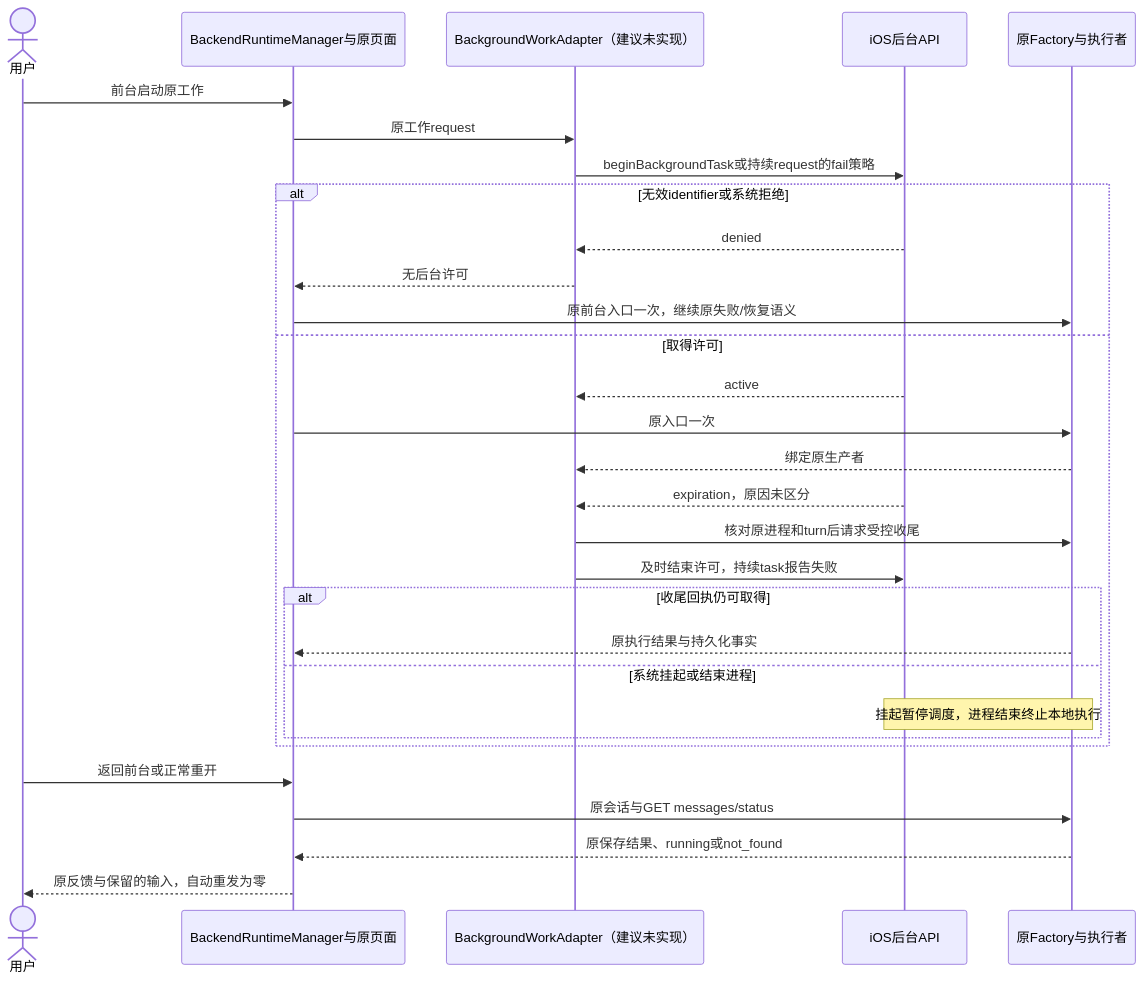
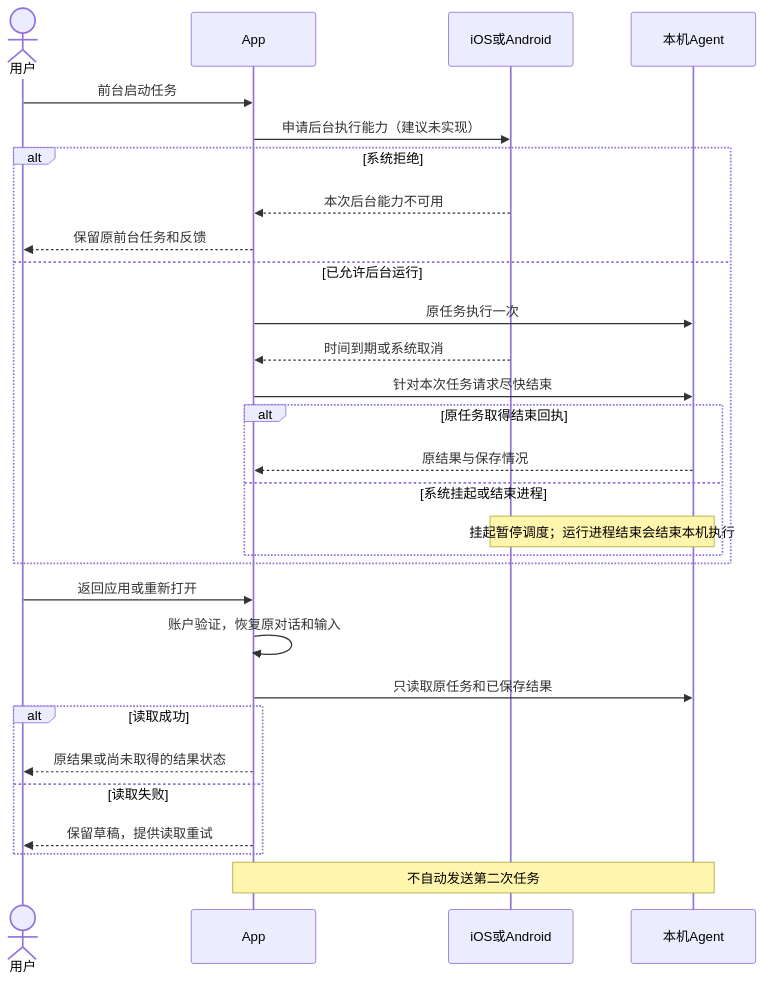
One commit to glide-the/im-dream changed the second of 7 diagrams in docs/design/multi-platform/mobile-recovery-interaction.md. Above: the diagram before and after it, drawn with Mermaid. The commit also changed other lines of this file and 308 other files, not shown here.

````diff
--- a/docs/design/multi-platform/mobile-recovery-interaction.md
+++ b/docs/design/multi-platform/mobile-recovery-interaction.md
@@ -135,32 +104,31 @@
 ```mermaid
 sequenceDiagram
     actor U as 用户
-    participant C as BackendRuntimeManager与原页面
-    participant A as BackgroundWorkAdapter（建议未实现）
-    participant I as iOS后台API
-    participant F as 原Factory与执行者
-    U->>C: 前台启动原工作
-    C->>A: 原工作request
-    A->>I: beginBackgroundTask或持续request的fail策略
-    alt 无效identifier或系统拒绝
-        I-->>A: denied
-        A-->>C: 无后台许可
-        C->>F: 原前台入口一次，继续原失败/恢复语义
-    else 取得许可
-        I-->>A: active
-        C->>F: 原入口一次
-        F-->>A: 绑定原生产者
-        I-->>A: expiration，原因未区分
-        A->>F: 核对原进程和turn后请求受控收尾
-        A->>I: 及时结束许可，持续task报告失败
-        alt 收尾回执仍可取得
-            F-->>C: 原执行结果与持久化事实
+    participant A as App
+    participant OS as iOS或Android
+    participant C as 本机Agent
+    U->>A: 前台启动任务
+    A->>OS: 申请后台执行能力（建议未实现）
+    alt 系统拒绝
+        OS-->>A: 本次后台能力不可用
+        A-->>U: 保留原前台任务和反馈
+    else 已允许后台运行
+        A->>C: 原任务执行一次
+        OS-->>A: 时间到期或系统取消
+        A->>C: 针对本次任务请求尽快结束
+        alt 原任务取得结束回执
+            C-->>A: 原结果与保存情况
         else 系统挂起或结束进程
-            Note over I,F: 挂起暂停调度，进程结束终止本地执行
+            Note over OS,C: 挂起暂停调度；运行进程结束会结束本机执行
         end
     end
-    U->>C: 返回前台或正常重开
-    C->>F: 原会话与GET messages/status
-    F-->>C: 原保存结果、running或not_found
-    C-->>U: 原反馈与保留的输入，自动重发为零
+    U->>A: 返回应用或重新打开
+    A->>A: 账户验证，恢复原对话和输入
+    A->>C: 只读取原任务和已保存结果
+    alt 读取成功
+        A-->>U: 原结果或尚未取得的结果状态
+    else 读取失败
+        A-->>U: 保留草稿，提供读取重试
+    end
+    Note over A,C: 不自动发送第二次任务
 ```
````
